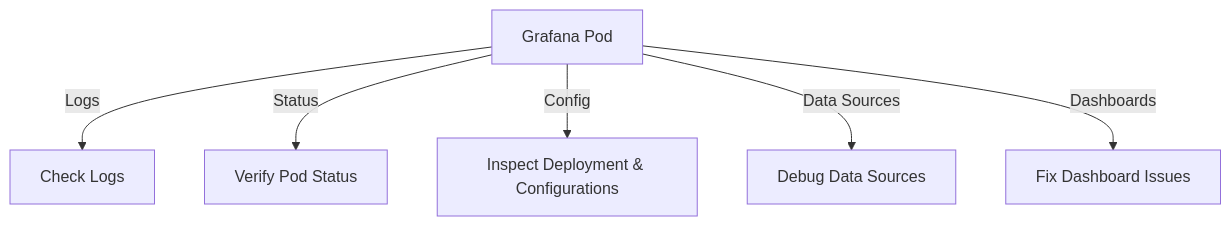
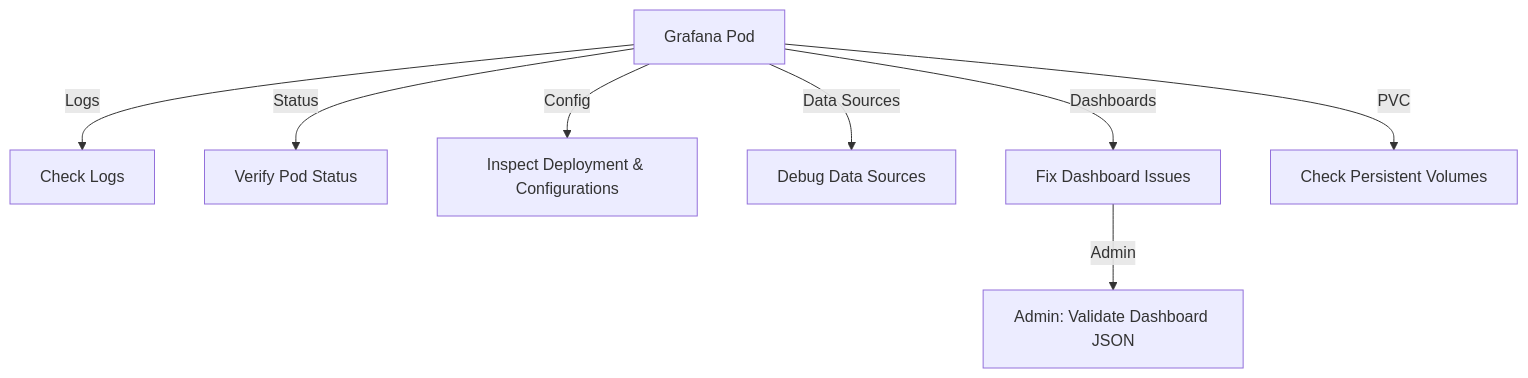
One commit to rifaterdemsahin/grafana-dashboard changed the diagram in 1_Journey/1.5.1_debugging.md. Above: the diagram before and after it, drawn with Mermaid. The commit also changed other lines of this file and 3 other files, not shown here.

Commit message:
Update journey diagram for improved clarity and accuracy

````diff
--- a/1_Journey/1.5.1_debugging.md
+++ b/1_Journey/1.5.1_debugging.md
@@ -5,8 +5,10 @@
 ```mermaid
 graph TD
-        A[Grafana Pod] -->|Logs| B[Check Logs]
-        A -->|Status| C[Verify Pod Status]
-        A -->|Config| D[Inspect Deployment & Configurations]
-        A -->|Data Sources| E[Debug Data Sources]
-        A -->|Dashboards| F[Fix Dashboard Issues]
+     A[Grafana Pod] -->|Logs| B[Check Logs]
+     A -->|Status| C[Verify Pod Status]
+     A -->|Config| D[Inspect Deployment & Configurations]
+     A -->|Data Sources| E[Debug Data Sources]
+     A -->|Dashboards| F[Fix Dashboard Issues]
+     A -->|PVC| G[Check Persistent Volumes]
+     F -->|Admin| H[Admin: Validate Dashboard JSON]
 ```
````
